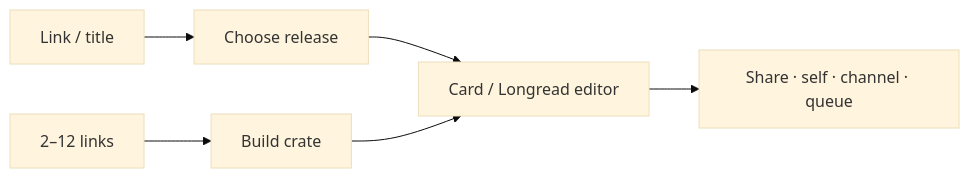
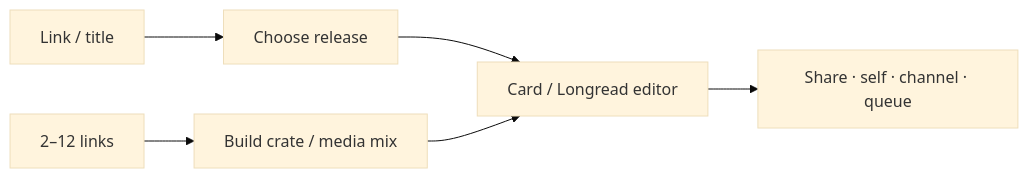
The diagram in README.md (StonerHand/stonerhand-soundlinks-bot), drawn with Mermaid (base theme) before and after one commit. The commit also changed other lines of this file and 18 other files, not shown here.

````diff
--- a/README.md
+++ b/README.md
@@ -41,8 +47,8 @@
 ```mermaid
 flowchart LR
     A["Link / title"] --> B["Choose release"]
-    A2["2–12 links"] --> C["Build crate"]
+    A2["2–12 links"] --> C["Build crate / media mix"]
     B --> D["Card / Longread editor"]
     C --> D
     D --> E["Share · self · channel · queue"]
 ```
````
